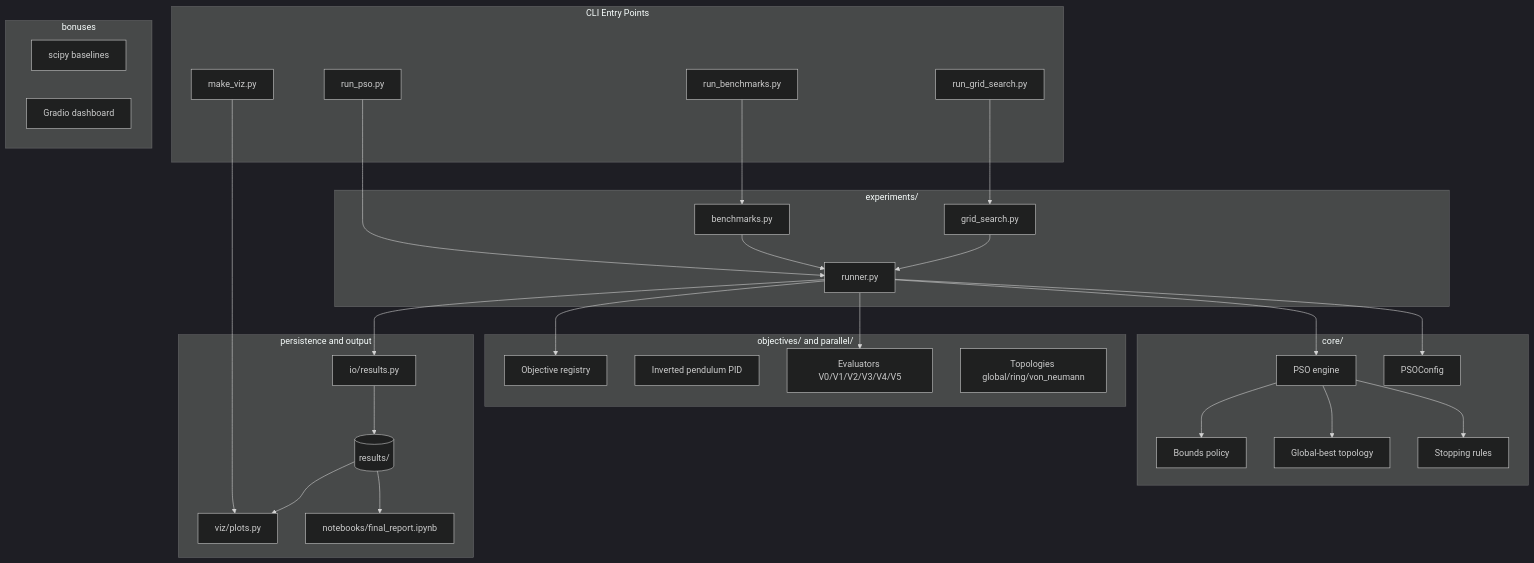
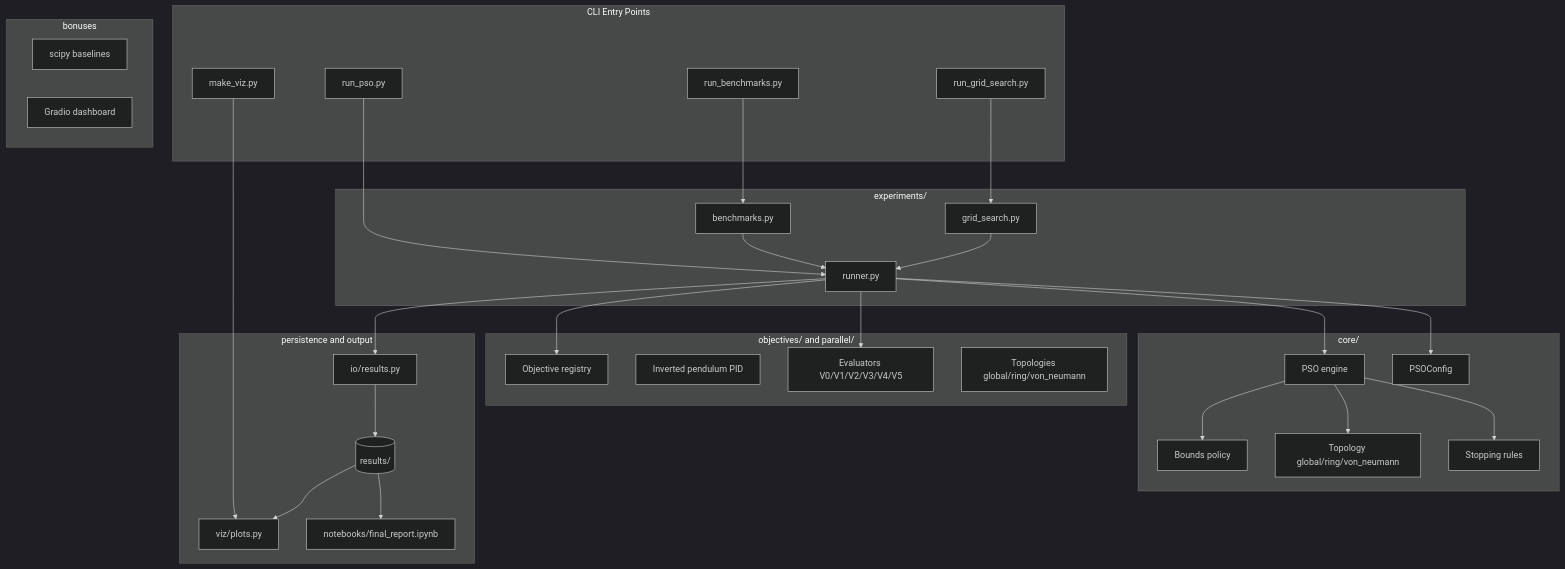
The diagram in README.md (Lscotti-uni/PSO-python), drawn with Mermaid (dark theme) before and after one commit. The commit also changed other lines of this file and 3 other files, not shown here.

````diff
--- a/README.md
+++ b/README.md
@@ -50,64 +50,64 @@
 ```mermaid
 flowchart TD
     subgraph EntryPoints[CLI Entry Points]
         RP[run_pso.py]
         RB[run_benchmarks.py]
         RG[run_grid_search.py]
         MV[make_viz.py]
     end
 
     subgraph Experiments[experiments/]
         Runner[runner.py]
         Bench[benchmarks.py]
         Grid[grid_search.py]
     end
 
     subgraph Core[core/]
         PSO[PSO engine]
         Bounds[Bounds policy]
-        Topology[Global-best topology]
+        Topology[Topology global/ring/von_neumann]
         Stop[Stopping rules]
         Config[PSOConfig]
     end
 
     subgraph Domain[objectives/ and parallel/]
         Objectives[Objective registry]
         UseCase[Inverted pendulum PID]
         Eval[Evaluators V0/V1/V2/V3/V4/V5]
         Topo[Topologies global/ring/von_neumann]
     end
 
     subgraph Extras[bonuses]
         Baselines[scipy baselines]
         Dashboard[Gradio dashboard]
     end
 
     subgraph Persistence[persistence and output]
         IO[io/results.py]
         Results[(results/)]
         Viz[viz/plots.py]
         Report[notebooks/final_report.ipynb]
     end
 
     RP --> Runner
     RB --> Bench
     RG --> Grid
     MV --> Viz
 
     Bench --> Runner
     Grid --> Runner
 
     Runner --> Config
     Runner --> PSO
     Runner --> Objectives
     Runner --> Eval
     Runner --> IO
 
     PSO --> Bounds
     PSO --> Topology
     PSO --> Stop
 
     IO --> Results
     Results --> Viz
     Results --> Report
 ```
````
